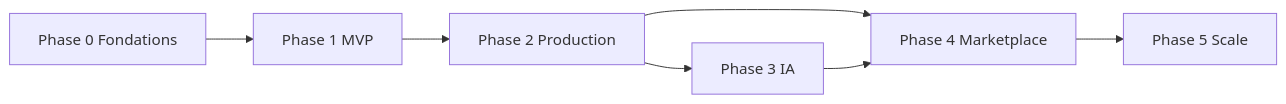
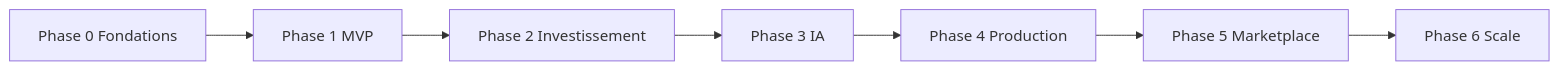
Before and after one commit to drissaj97/immo: the diagram in docs/ROADMAP.md, drawn with Mermaid. The commit also changed other lines of this file and 43 other files, not shown here.

````diff
--- a/docs/ROADMAP.md
+++ b/docs/ROADMAP.md
@@ -154,9 +132,9 @@
 ```mermaid
 flowchart LR
     P0[Phase 0 Fondations] --> P1[Phase 1 MVP]
-    P1 --> P2[Phase 2 Production]
+    P1 --> P2[Phase 2 Investissement]
     P2 --> P3[Phase 3 IA]
-    P2 --> P4[Phase 4 Marketplace]
-    P3 --> P4
-    P4 --> P5[Phase 5 Scale]
+    P3 --> P4[Phase 4 Production]
+    P4 --> P5[Phase 5 Marketplace]
+    P5 --> P6[Phase 6 Scale]
 ```
````
